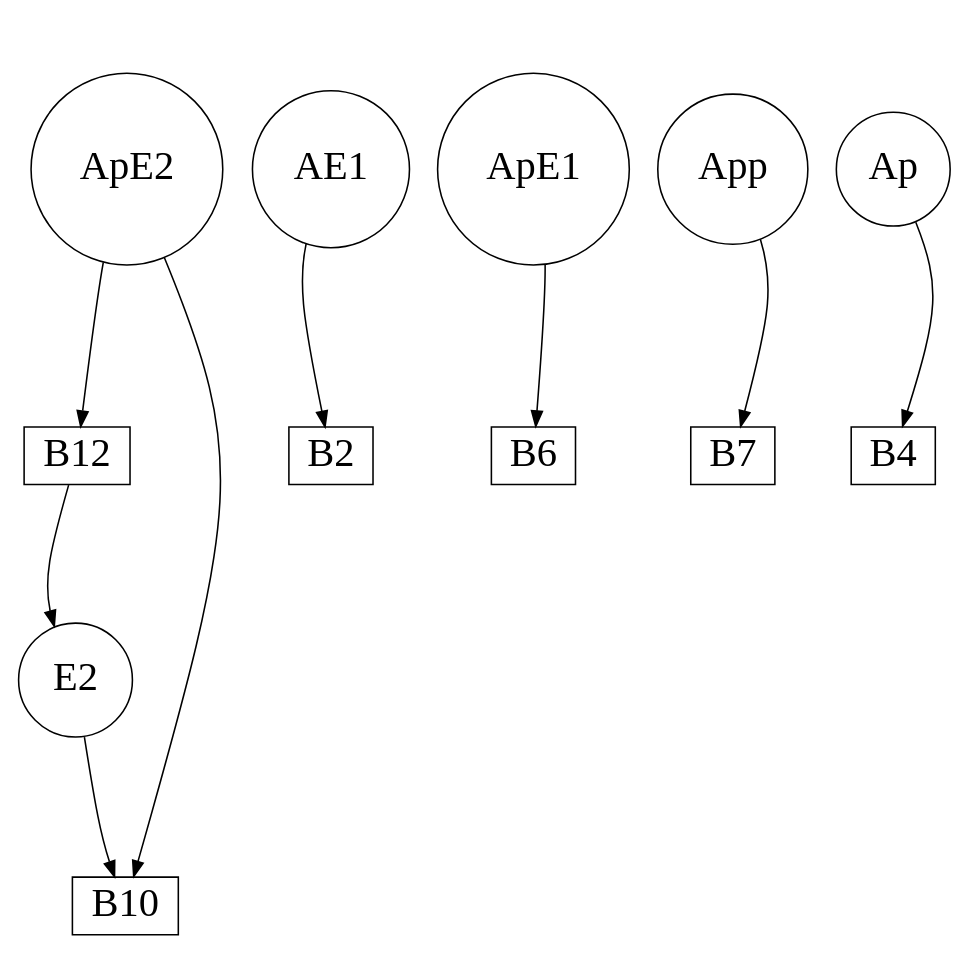
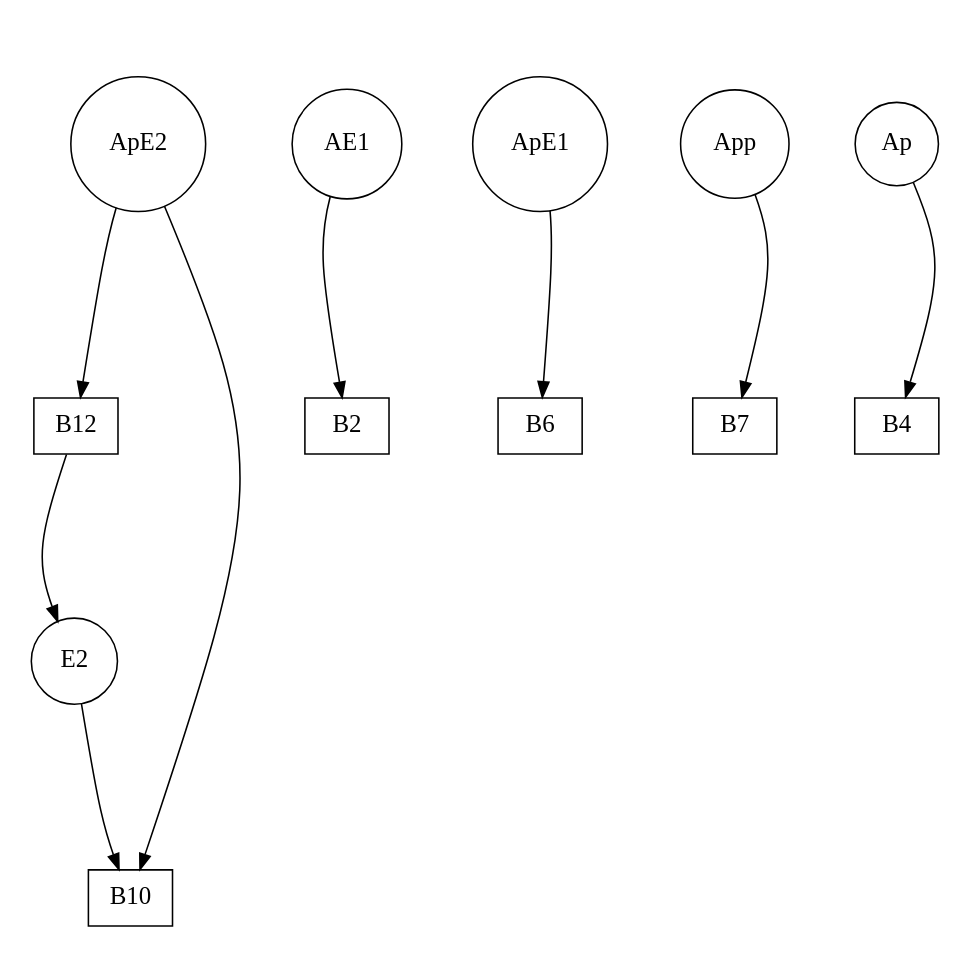
The diagram in single_layer_mapk_system/order_6/single_layer_mapk_mechanism_order_6_frag_1_sg_2.dot (gratelpy/gratelpy-supplementary-information), drawn with Graphviz before and after one commit. The commit also changed 77 other files, not shown here.

```diff
--- a/single_layer_mapk_system/order_6/single_layer_mapk_mechanism_order_6_frag_1_sg_2.dot
+++ b/single_layer_mapk_system/order_6/single_layer_mapk_mechanism_order_6_frag_1_sg_2.dot
@@ -1,27 +1,27 @@
 strict digraph G {
 remincross="true";
 ratio="fill";
 splines="curved";
 overlap="true";
 size="8.3,8.3";
-ApE2 [shape="circle", fontsize=26, pos="50.0,80.0!"];
-AE1 [shape="circle", fontsize=26, pos="60.0,140.0!"];
-E2 [shape="circle", fontsize=26, pos="140.0,40.0!"];
-B12 [shape="box", fontsize=26, pos="0.0,60.0!"];
-ApE1 [shape="circle", fontsize=26, pos="260.0,128.0!"];
-B10 [shape="box", fontsize=26, pos="110.0,90.0!"];
-B7 [shape="box", fontsize=26, pos="300.0,90.0!"];
-B6 [shape="box", fontsize=26, pos="320.0,160.0!"];
-B4 [shape="box", fontsize=26, pos="220.0,170.0!"];
-B2 [shape="box", fontsize=26, pos="60.0,180.0!"];
-App [shape="circle", fontsize=26, pos="320.0,120.0!"];
-Ap [shape="circle", fontsize=26, pos="160.0,160.0!"];
+ApE2 [shape="circle", fontsize=16, pos="50.0,80.0!"];
+AE1 [shape="circle", fontsize=16, pos="60.0,140.0!"];
+E2 [shape="circle", fontsize=16, pos="140.0,40.0!"];
+B12 [shape="box", fontsize=16, pos="0.0,60.0!"];
+ApE1 [shape="circle", fontsize=16, pos="260.0,128.0!"];
+B10 [shape="box", fontsize=16, pos="110.0,90.0!"];
+B7 [shape="box", fontsize=16, pos="300.0,90.0!"];
+B6 [shape="box", fontsize=16, pos="320.0,160.0!"];
+B4 [shape="box", fontsize=16, pos="220.0,170.0!"];
+B2 [shape="box", fontsize=16, pos="60.0,180.0!"];
+App [shape="circle", fontsize=16, pos="320.0,120.0!"];
+Ap [shape="circle", fontsize=16, pos="160.0,160.0!"];
 B12 -> E2;
 B10 -> ApE2;
 AE1 -> B2;
 ApE1 -> B6;
 E2 -> B10;
 ApE2 -> B12;
 App -> B7;
 Ap -> B4;
 }
```
